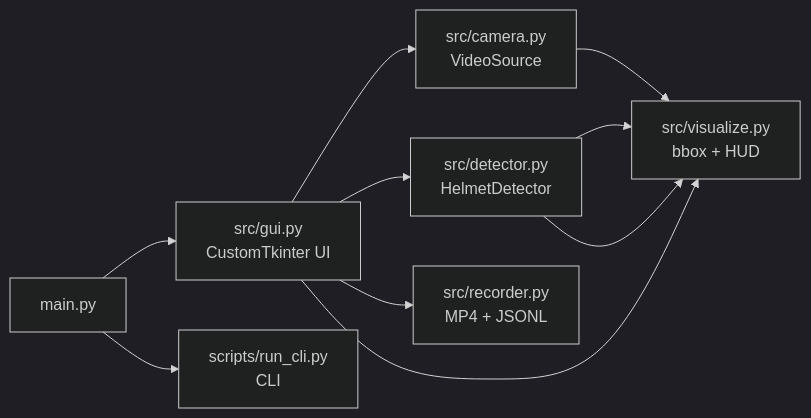
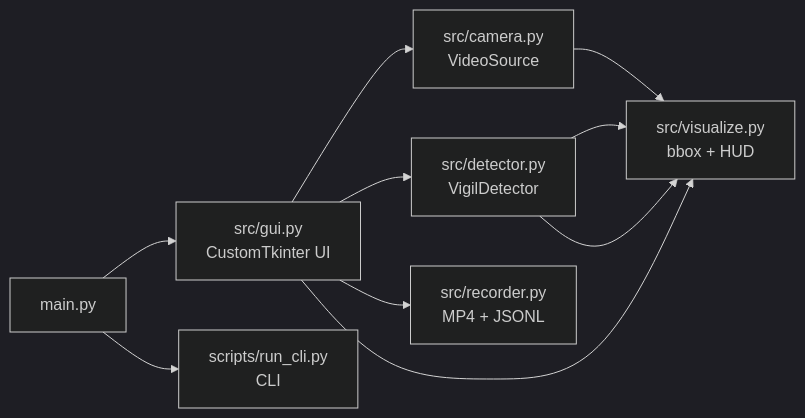
One commit to Forsaken1453/VIGIL-AI changed the diagram in README.md. Above: the diagram before and after it, drawn with Mermaid (dark theme). The commit also changed other lines of this file and 20 other files, not shown here.

````diff
--- a/README.md
+++ b/README.md
@@ -92,12 +95,12 @@
 ```mermaid
 graph LR
     A[main.py] --> B[src/gui.py<br/>CustomTkinter UI]
     A --> C[scripts/run_cli.py<br/>CLI]
     B --> D[src/camera.py<br/>VideoSource]
-    B --> E[src/detector.py<br/>HelmetDetector]
+    B --> E[src/detector.py<br/>VigilDetector]
     B --> F[src/recorder.py<br/>MP4 + JSONL]
     E --> G[src/visualize.py<br/>bbox + HUD]
     D --> G
     E --> G
     B --> G
 ```
````
